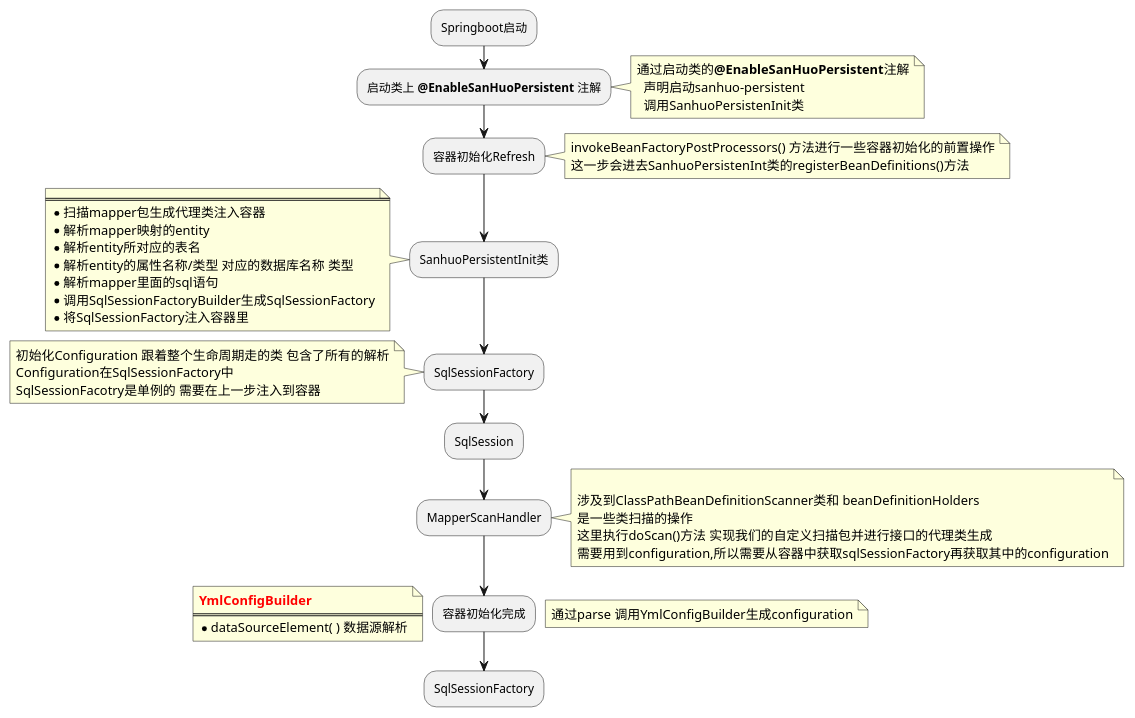
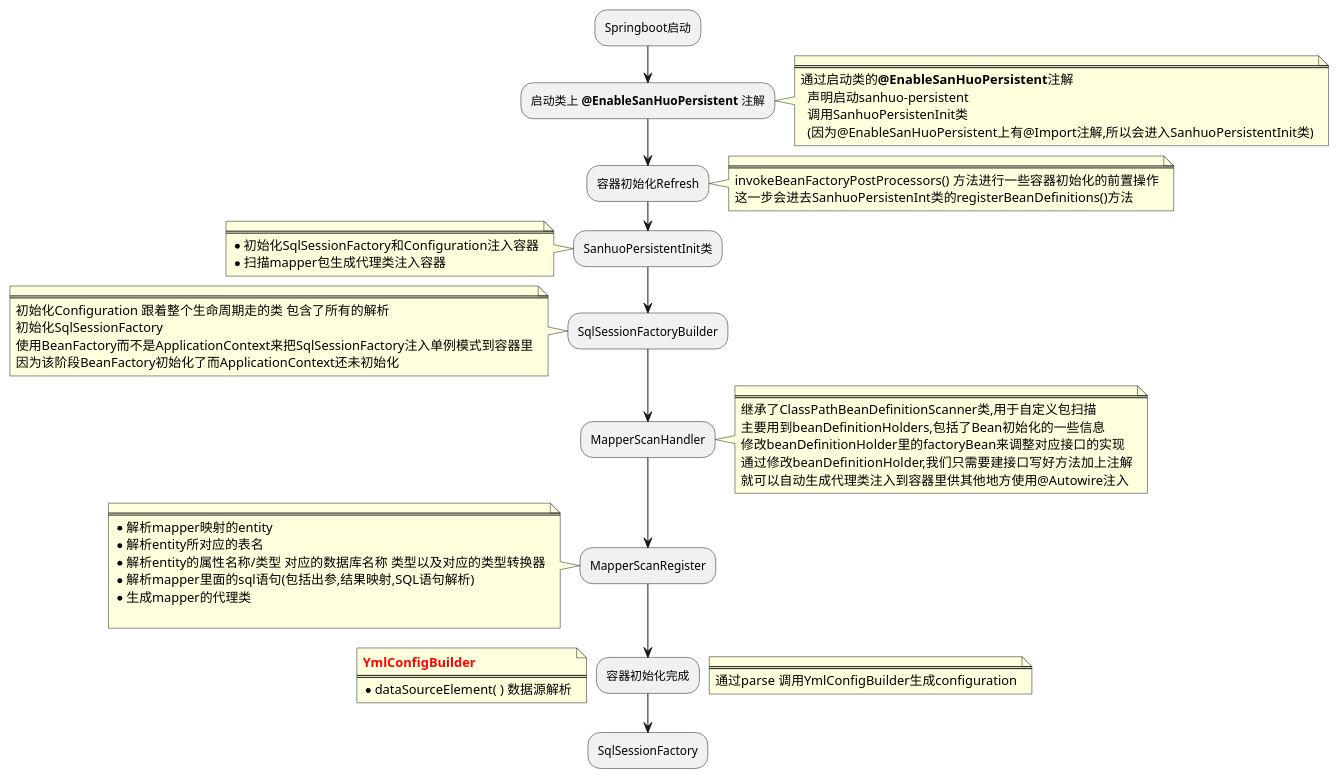
Before and after one commit to zhangzishen9/sanhuo_scaffold: the diagram in sanhuo-persistent/启动流程图.puml, drawn with PlantUML. The commit also changed 19 other files, not shown here.

```diff
--- a/sanhuo-persistent/启动流程图.puml
+++ b/sanhuo-persistent/启动流程图.puml
@@ -1,73 +1,82 @@
 @startuml
 :Springboot启动;
 
 :启动类上 <b>@EnableSanHuoPersistent</b> 注解;
 
 
 note right
+====
 通过启动类的<b>@EnableSanHuoPersistent</b>注解
   声明启动sanhuo-persistent
   调用SanhuoPersistenInit类
+  (因为@EnableSanHuoPersistent上有@Import注解,所以会进入SanhuoPersistentInit类)
 end note
 
 :容器初始化Refresh;
 
 note right
+====
 invokeBeanFactoryPostProcessors() 方法进行一些容器初始化的前置操作
 这一步会进去SanhuoPersistenInt类的registerBeanDefinitions()方法
 end note
 
 :SanhuoPersistentInit类;
 
 note left
 ====
+* 初始化SqlSessionFactory和Configuration注入容器
 * 扫描mapper包生成代理类注入容器
-* 解析mapper映射的entity
-* 解析entity所对应的表名
-* 解析entity的属性名称/类型 对应的数据库名称 类型
-* 解析mapper里面的sql语句
-* 调用SqlSessionFactoryBuilder生成SqlSessionFactory
-* 将SqlSessionFactory注入容器里
 end note
 
-:SqlSessionFactory;
+:SqlSessionFactoryBuilder;
 
 note left
+====
 初始化Configuration 跟着整个生命周期走的类 包含了所有的解析
-Configuration在SqlSessionFactory中
-SqlSessionFacotry是单例的 需要在上一步注入到容器
+初始化SqlSessionFactory
+使用BeanFactory而不是ApplicationContext来把SqlSessionFactory注入单例模式到容器里
+因为该阶段BeanFactory初始化了而ApplicationContext还未初始化
 end note
-
-:SqlSession;
-
-
 
 :MapperScanHandler;
 
 note right
-
-涉及到ClassPathBeanDefinitionScanner类和 beanDefinitionHolders
-是一些类扫描的操作
-这里执行doScan()方法 实现我们的自定义扫描包并进行接口的代理类生成
-需要用到configuration,所以需要从容器中获取sqlSessionFactory再获取其中的configuration
+====
+继承了ClassPathBeanDefinitionScanner类,用于自定义包扫描
+主要用到beanDefinitionHolders,包括了Bean初始化的一些信息
+修改beanDefinitionHolder里的factoryBean来调整对应接口的实现
+通过修改beanDefinitionHolder,我们只需要建接口写好方法加上注解
+就可以自动生成代理类注入到容器里供其他地方使用@Autowire注入
 end note
 
+:MapperScanRegister;
+
+note left
+====
+* 解析mapper映射的entity
+* 解析entity所对应的表名
+* 解析entity的属性名称/类型 对应的数据库名称 类型以及对应的类型转换器
+* 解析mapper里面的sql语句(包括出参,结果映射,SQL语句解析)
+* 生成mapper的代理类
+
+end note
 :容器初始化完成;
 
 
 
 note right
+====
 通过parse 调用YmlConfigBuilder生成configuration
 end note
 
 
 
 note left
 <b><font color=red>YmlConfigBuilder
 ====
 * dataSourceElement( ) 数据源解析
 end note
 
 :SqlSessionFactory;
 
 @enduml
```
